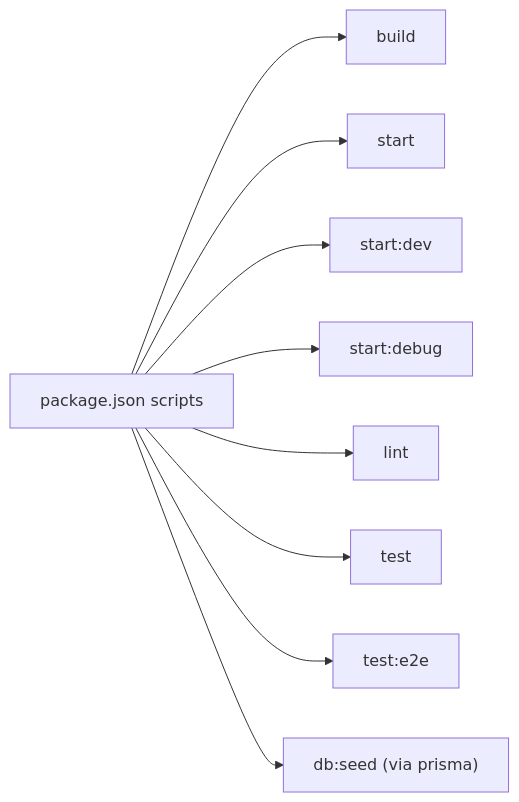
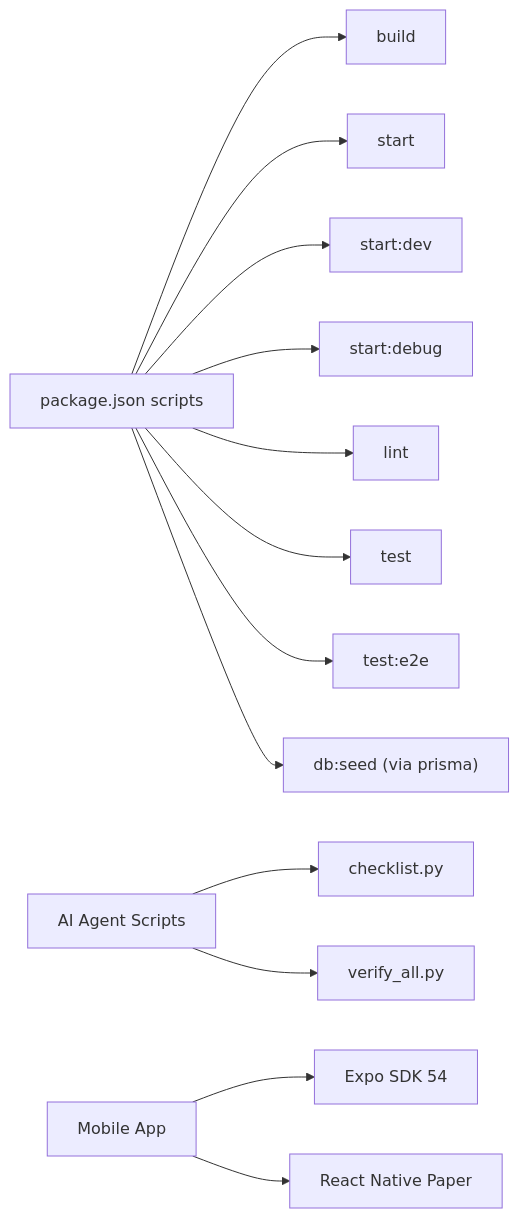
One commit to jairosouza67/99-Pai changed the fifth of 5 diagrams in .qoder/repowiki/en/content/Getting Started.md. Above: the diagram before and after it, drawn with Mermaid. The commit also changed other lines of this file and 17 other files, not shown here.

````diff
--- a/.qoder/repowiki/en/content/Getting Started.md
+++ b/.qoder/repowiki/en/content/Getting Started.md
@@ -229,11 +416,15 @@
 ```mermaid
 graph LR
 Pkg["package.json scripts"] --> Build["build"]
 Pkg --> Start["start"]
 Pkg --> Dev["start:dev"]
 Pkg --> Debug["start:debug"]
 Pkg --> Lint["lint"]
 Pkg --> Test["test"]
 Pkg --> E2E["test:e2e"]
 Pkg --> Seed["db:seed (via prisma)"]
+Agent["AI Agent Scripts"] --> CheckList["checklist.py"]
+Agent --> VerifyAll["verify_all.py"]
+Mobile["Mobile App"] --> Expo["Expo SDK 54"]
+Mobile --> RNPaper["React Native Paper"]
 ```
````
